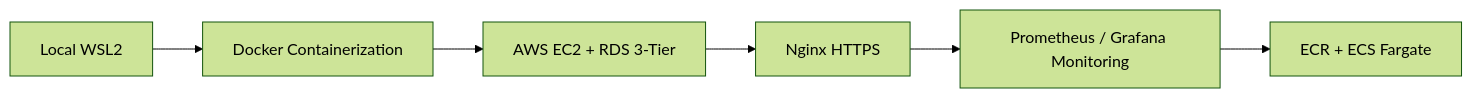
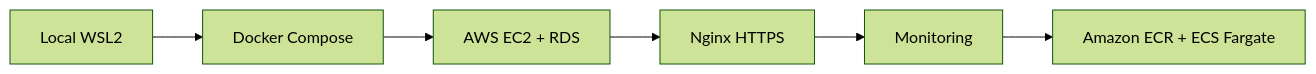
The second of 2 diagrams in README.md (Hoit1210/aws-3tier-cloud-native), drawn with Mermaid (forest theme) before and after one commit. The commit also changed other lines of this file, not shown here.

Commit message:
docs: rewrite README in Korean with verified architecture and limitations

````diff
--- a/README.md
+++ b/README.md
@@ -11,8 +29,8 @@
 ```mermaid
 flowchart LR
-    A[Local WSL2] --> B[Docker Containerization]
-    B --> C[AWS EC2 + RDS 3-Tier]
+    A[Local WSL2] --> B[Docker Compose]
+    B --> C[AWS EC2 + RDS]
     C --> D[Nginx HTTPS]
-    D --> E[Prometheus / Grafana Monitoring]
-    E --> F[ECR + ECS Fargate]
+    D --> E[Monitoring]
+    E --> F[Amazon ECR + ECS Fargate]
 ```
````
